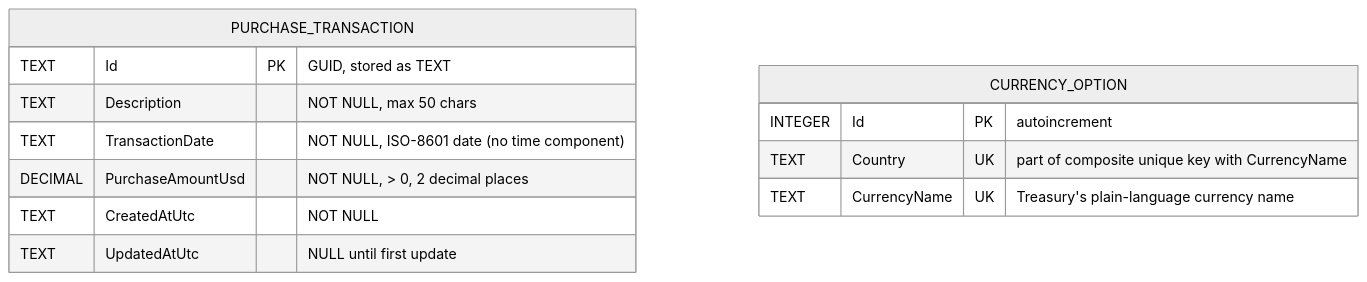
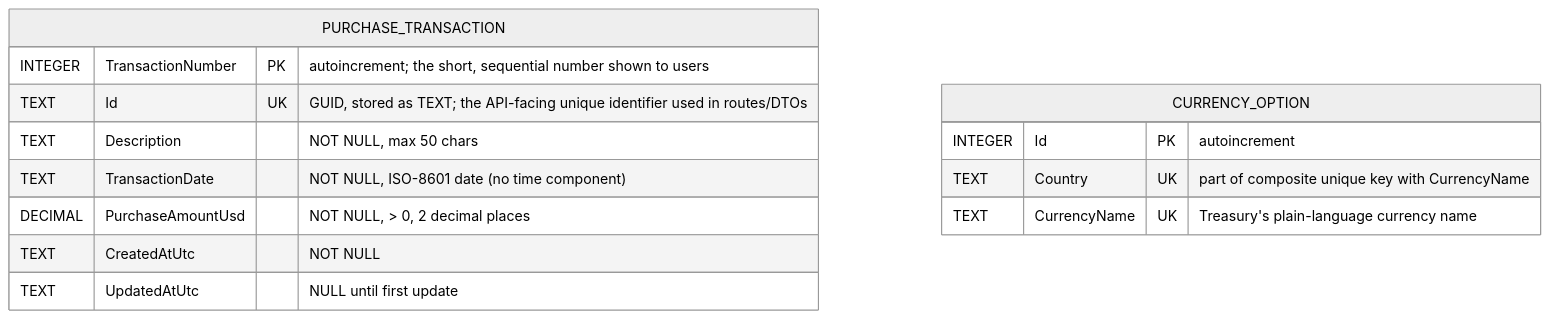
One commit to soflatechie/Wex.PurchasingPlatform changed the diagram in Design/DatabaseDesign.md. Above: the diagram before and after it, drawn with Mermaid (neutral theme). The commit also changed other lines of this file and 66 other files, not shown here.

Commit message:
Phases 3,4,5.1 - conversion functionality, fixed repos that were not following requirements, added transaction number for display, created winforms desktop app, updated UI to include the correct fields and adjusted look of UI,  corrected unit tests to ensure we are properly using mocked objects

````diff
--- a/Design/DatabaseDesign.md
+++ b/Design/DatabaseDesign.md
@@ -16,17 +16,18 @@
 ```mermaid
 erDiagram
     PURCHASE_TRANSACTION {
-        TEXT Id PK "GUID, stored as TEXT"
+        INTEGER TransactionNumber PK "autoincrement; the short, sequential number shown to users"
+        TEXT Id UK "GUID, stored as TEXT; the API-facing unique identifier used in routes/DTOs"
         TEXT Description "NOT NULL, max 50 chars"
         TEXT TransactionDate "NOT NULL, ISO-8601 date (no time component)"
         DECIMAL PurchaseAmountUsd "NOT NULL, > 0, 2 decimal places"
         TEXT CreatedAtUtc "NOT NULL"
         TEXT UpdatedAtUtc "NULL until first update"
     }
 
     CURRENCY_OPTION {
         INTEGER Id PK "autoincrement"
         TEXT Country UK "part of composite unique key with CurrencyName"
         TEXT CurrencyName UK "Treasury's plain-language currency name"
     }
 ```
````
